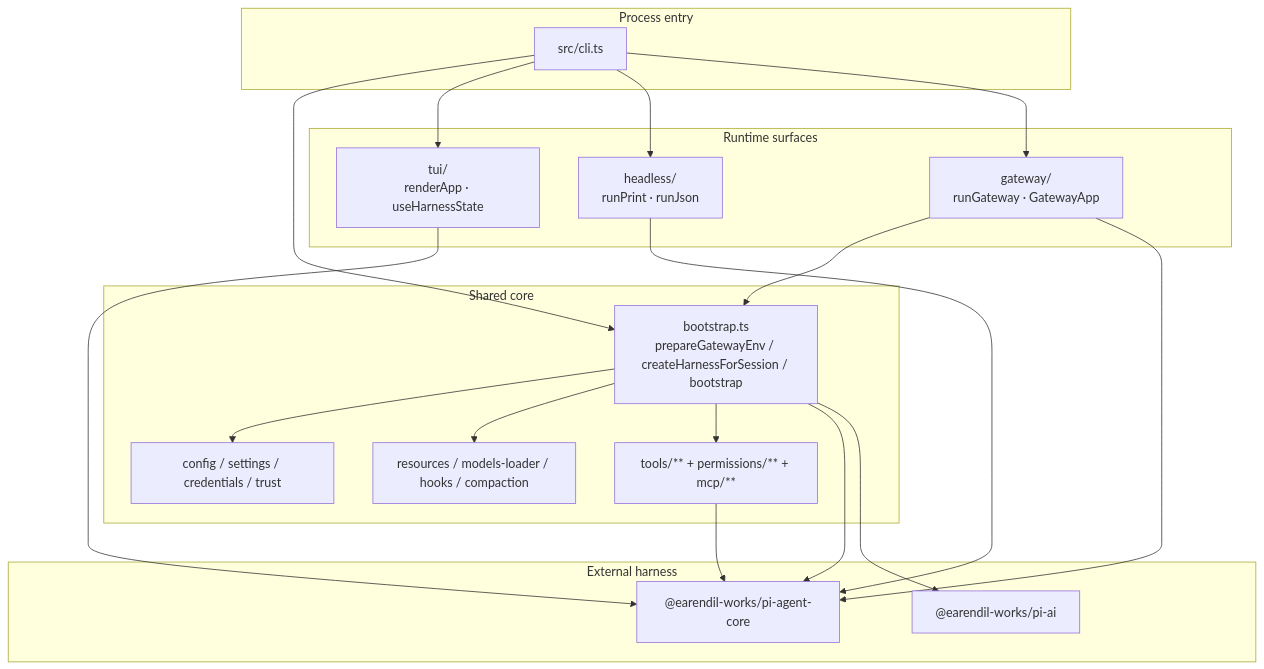
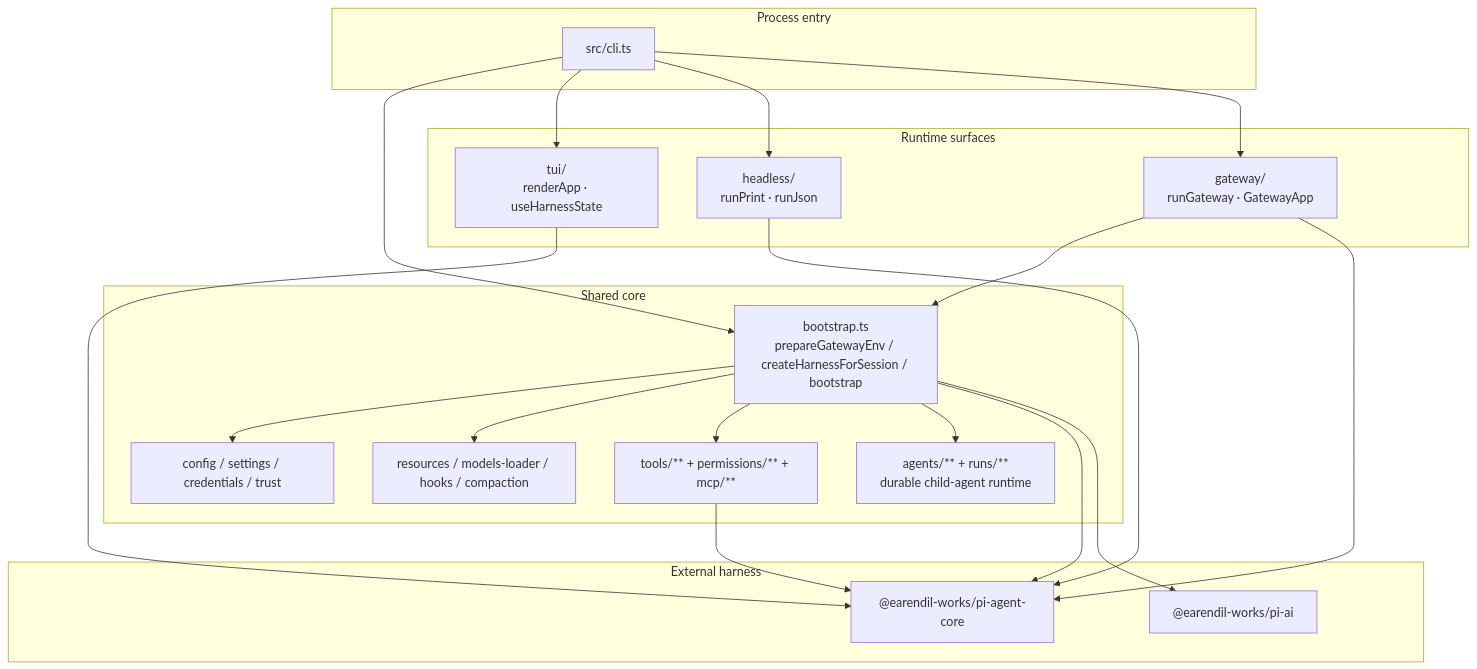
The first of 5 diagrams in ARCHITECTURE.md (MaplumeX/Novi), drawn with Mermaid before and after one commit. The commit also changed other lines of this file and 18 other files, not shown here.

Commit message:
docs(agents): document child-agent runtime

````diff
--- a/ARCHITECTURE.md
+++ b/ARCHITECTURE.md
@@ -33,39 +33,41 @@
 ```mermaid
 flowchart TB
   subgraph process["Process entry"]
     CLI["src/cli.ts"]
   end
 
   subgraph pi["External harness"]
     PAC["@earendil-works/pi-agent-core"]
     PAI["@earendil-works/pi-ai"]
   end
 
   subgraph core["Shared core"]
     BS["bootstrap.ts<br/>prepareGatewayEnv / createHarnessForSession / bootstrap"]
     CFG["config / settings / credentials / trust"]
     RES["resources / models-loader / hooks / compaction"]
     TOOLS["tools/** + permissions/** + mcp/**"]
+    AGENTS["agents/** + runs/**<br/>durable child-agent runtime"]
   end
 
   subgraph surfaces["Runtime surfaces"]
     TUI["tui/<br/>renderApp · useHarnessState"]
     HL["headless/<br/>runPrint · runJson"]
     GW["gateway/<br/>runGateway · GatewayApp"]
   end
 
   CLI --> BS
   CLI --> TUI
   CLI --> HL
   CLI --> GW
   BS --> CFG
   BS --> RES
   BS --> TOOLS
+  BS --> AGENTS
   BS --> PAC
   BS --> PAI
   TUI --> PAC
   HL --> PAC
   GW --> BS
   GW --> PAC
   TOOLS --> PAC
 ```
````
